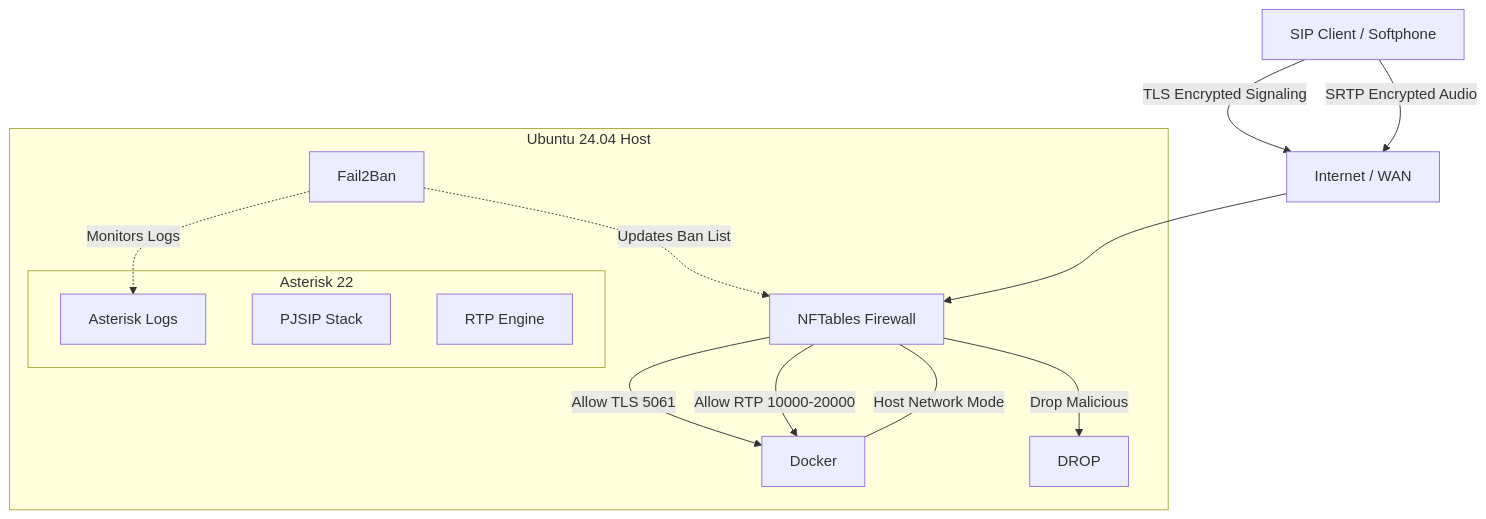
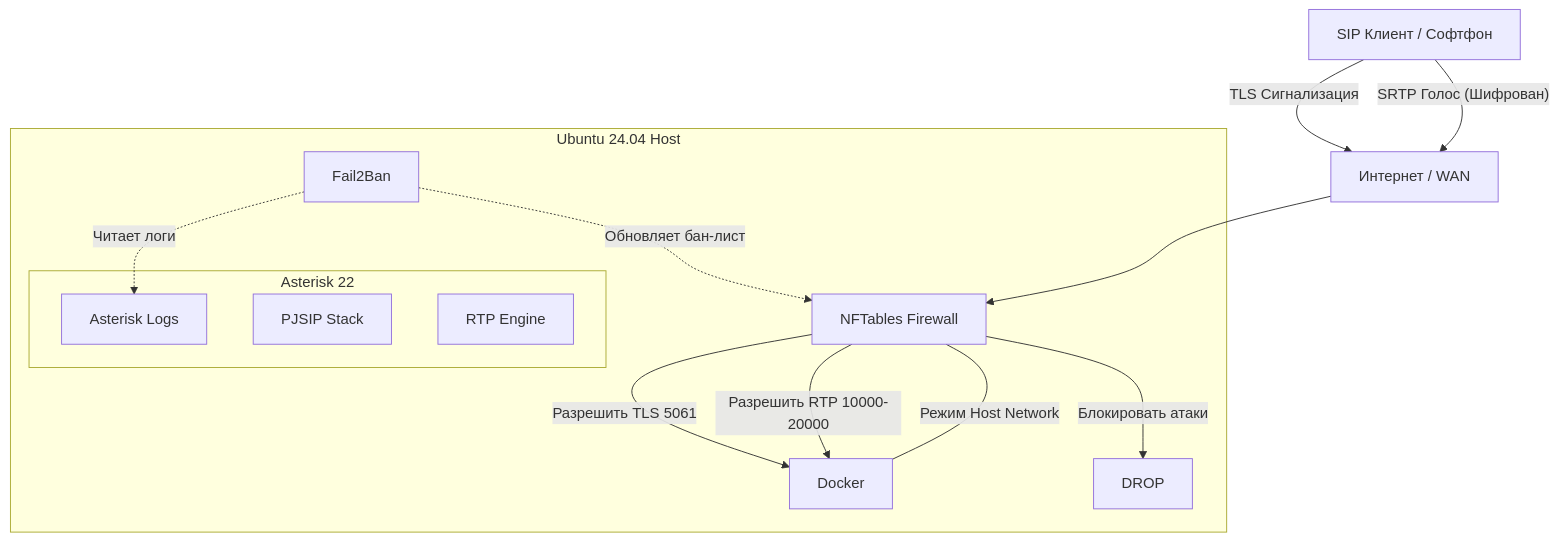
One commit to weby-homelab/voip-installer changed the diagram in README_RUS.md. Above: the diagram before and after it, drawn with Mermaid. The commit also changed other lines of this file and 2 other files, not shown here.

Commit message:
Fix: Mermaid syntax error by quoting labels in README files

````diff
--- a/README_RUS.md
+++ b/README_RUS.md
@@ -168,28 +161,28 @@
 ```mermaid
 graph TD
-    User[SIP Client / Softphone]
-    Net[Internet / WAN]
+    User[SIP Клиент / Софтфон]
+    Net[Интернет / WAN]
     FW[NFTables Firewall]
     F2B[Fail2Ban]
     
     subgraph Server [Ubuntu 24.04 Host]
-        FW -->|Allow TLS 5061| Docker
-        FW -->|Allow RTP 10000-20000| Docker
-        FW -->|Drop Malicious| Drop[DROP]
+        FW -->|"Разрешить TLS 5061"| Docker
+        FW -->|"Разрешить RTP 10000-20000"| Docker
+        FW -->|"Блокировать атаки"| Drop[DROP]
         
-        F2B -.->|Monitors Logs| Logs
-        F2B -.->|Updates Ban List| FW
+        F2B -.->|"Читает логи"| Logs
+        F2B -.->|"Обновляет бан-лист"| FW
         
         subgraph Docker Container [Asterisk 22]
             PJSIP[PJSIP Stack]
             RTP[RTP Engine]
             Logs[Asterisk Logs]
         end
         
-        Docker ---|Host Network Mode| FW
+        Docker ---|"Режим Host Network"| FW
     end
     
-    User -->|TLS Encrypted Signaling| Net
-    User -->|SRTP Encrypted Audio| Net
+    User -->|"TLS Сигнализация"| Net
+    User -->|"SRTP Голос (Шифрован)"| Net
     Net --> FW
 ```
````
